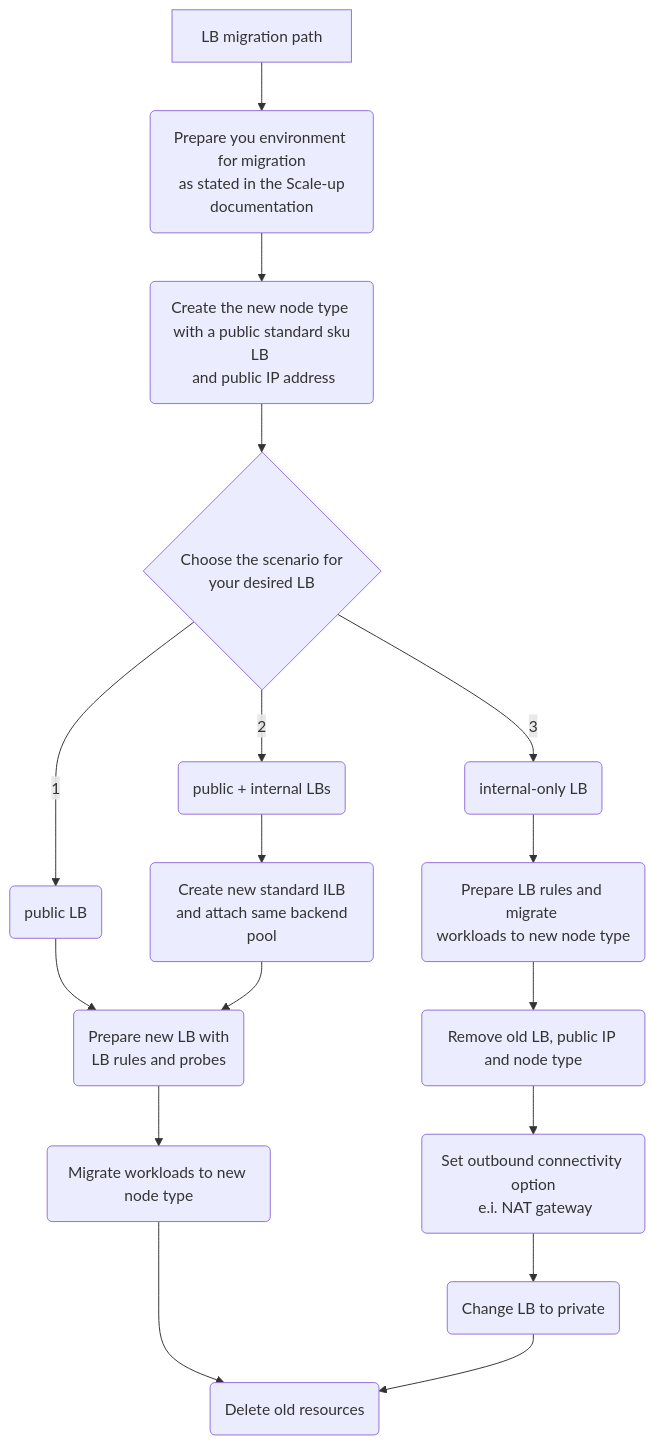
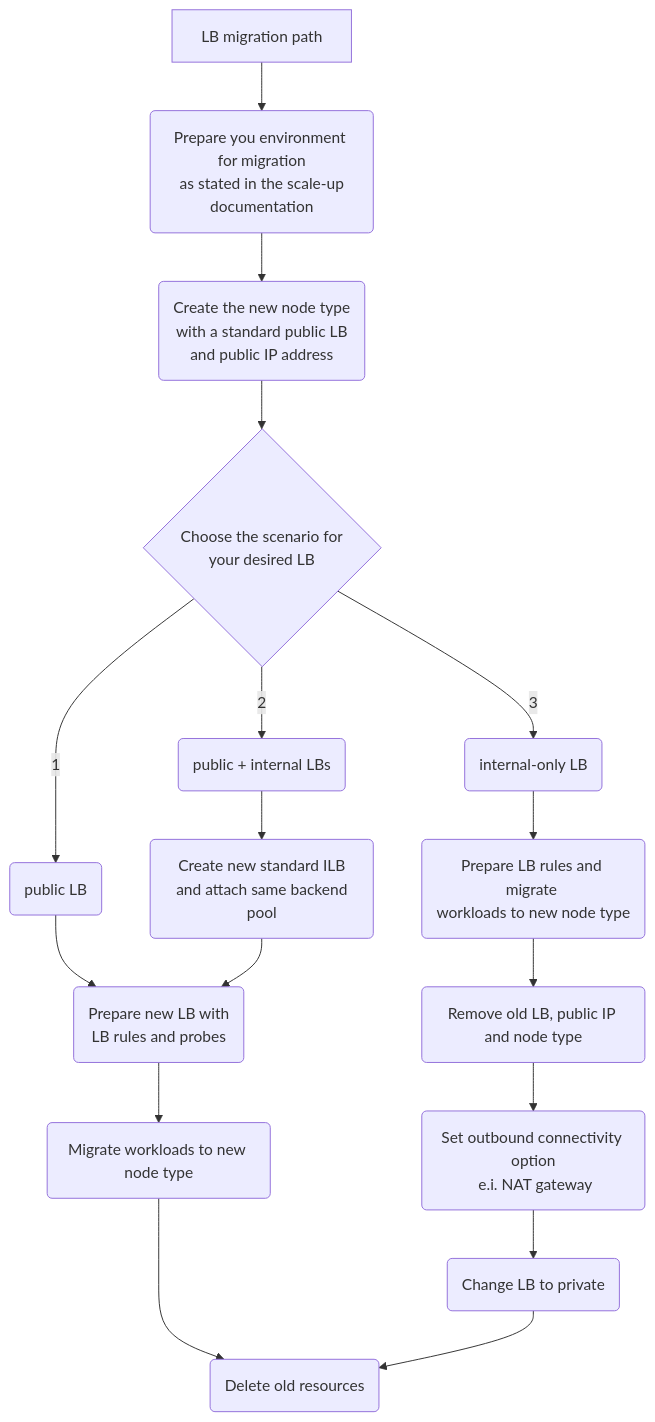
The diagram in Deployment/Upgrade Service Fabric cluster basic load balancer.md (Azure/Service-Fabric-Troubleshooting-Guides), drawn with Mermaid before and after one commit. The commit also changed other lines of this file, not shown here.

````diff
--- a/Deployment/Upgrade Service Fabric cluster basic load balancer.md
+++ b/Deployment/Upgrade Service Fabric cluster basic load balancer.md
@@ -22,13 +22,13 @@
 ```mermaid
 graph TD
-   A[LB migration path] -->B(Prepare you environment for migration<br/> as stated in the Scale-up documentation)-->C(Create the new node type <br/> with a public standard sku LB <br/> and public IP address)-->P{Choose the scenario for<br/> your desired LB}
+   A[LB migration path] -->B(Prepare you environment for migration<br/> as stated in the scale-up documentation)-->C(Create the new node type <br/> with a standard public LB <br/> and public IP address)-->P{Choose the scenario for<br/> your desired LB}
 P-->|1|D(public LB)-->E(Prepare new LB with<br/> LB rules and probes)-->F(Migrate workloads to new node type)
 P-->|2|G(public + internal LBs)-->H(Create new standard ILB<br/> and attach same backend pool)
 P-->|3|J(internal-only LB)-->K(Prepare LB rules and migrate <br/>workloads to new node type)-->L(Remove old LB, public IP and node type)--> M(Set outbound connectivity option<br/> e.i. NAT gateway)--> N(Change LB to private)
 F-->O(Delete old resources)
 H-->E
 N-->O
 click D "#basic-migration"
 click J "#internal-only-migration"
 click G "#internal-and-external-migration"
 ```
````
